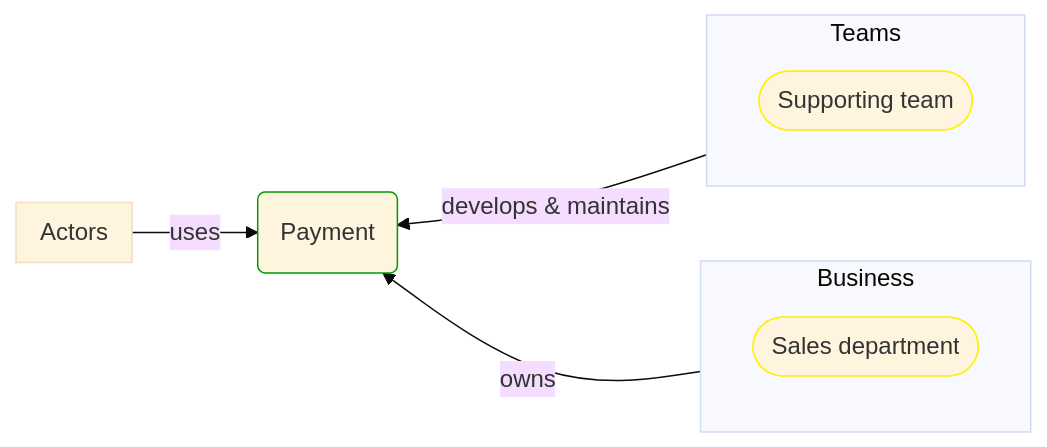
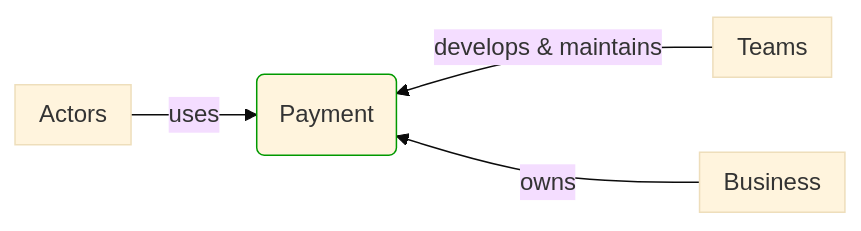
Before and after one commit to itlibrium/DDD-starter-dotnet: the fourth of 4 diagrams in Docs/P3/MermaidOutput/Processes/Sale/Payment/Payment.md, drawn with Mermaid (base theme). The commit also changed other lines of this file and 174 other files, not shown here.

````diff
--- a/Docs/P3/MermaidOutput/Processes/Sale/Payment/Payment.md
+++ b/Docs/P3/MermaidOutput/Processes/Sale/Payment/Payment.md
@@ -74,29 +68,25 @@
 ```mermaid
   flowchart LR
     subgraph 0["Actors"]
       direction TB
     end
     1(Payment)
     class 1 DomainPerspective
     0-->|uses|1
     subgraph 2["Teams"]
       direction TB
-      3([Supporting team])
-      class 3 PeoplePerspective
     end
+    1---2
+    2-->|develops & maintains|1
     2---1
-    2-->|develops & maintains|1
-    1---2
-    subgraph 4["Business"]
+    subgraph 3["Business"]
       direction TB
-      5([Sales department])
-      class 5 PeoplePerspective
     end
-    4---1
-    4-->|owns|1
-    1---4
+    1---3
+    3-->|owns|1
+    3---1
     linkStyle 1,3,4,6 stroke:none
     classDef DomainPerspective stroke:#009900
     classDef TechnologyPerspective stroke:#1F41EB
     classDef PeoplePerspective stroke:#FFF014
 ```
````
